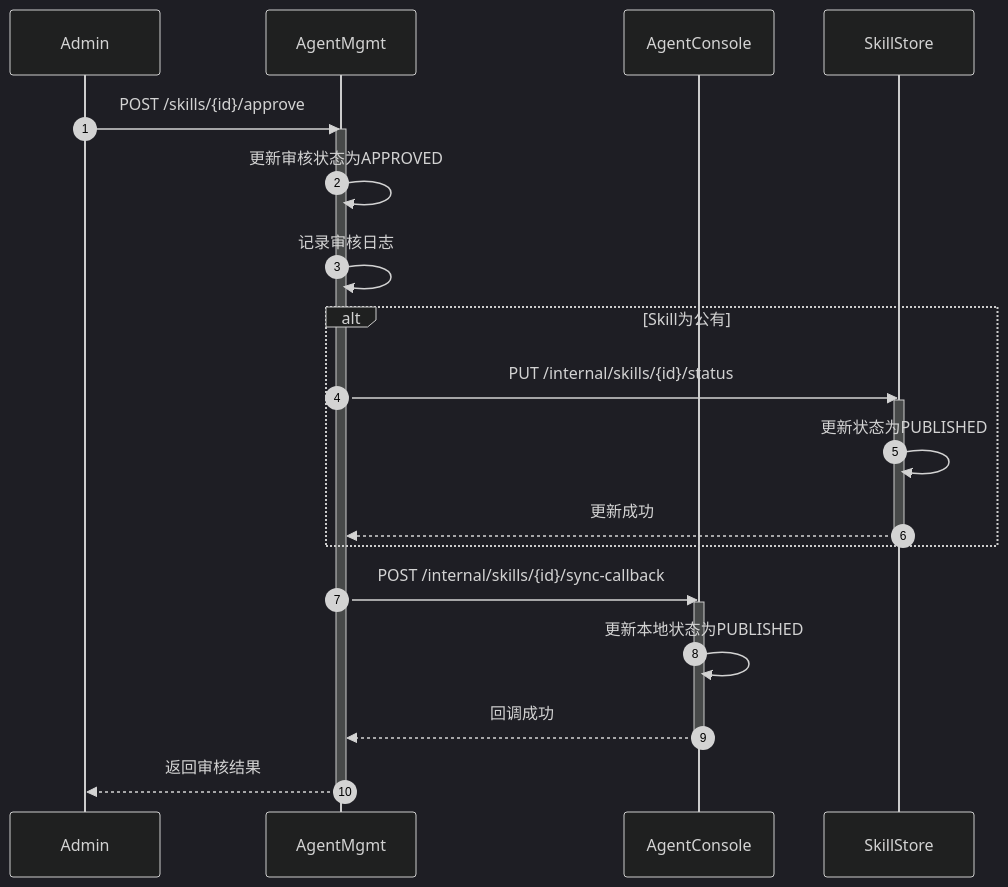
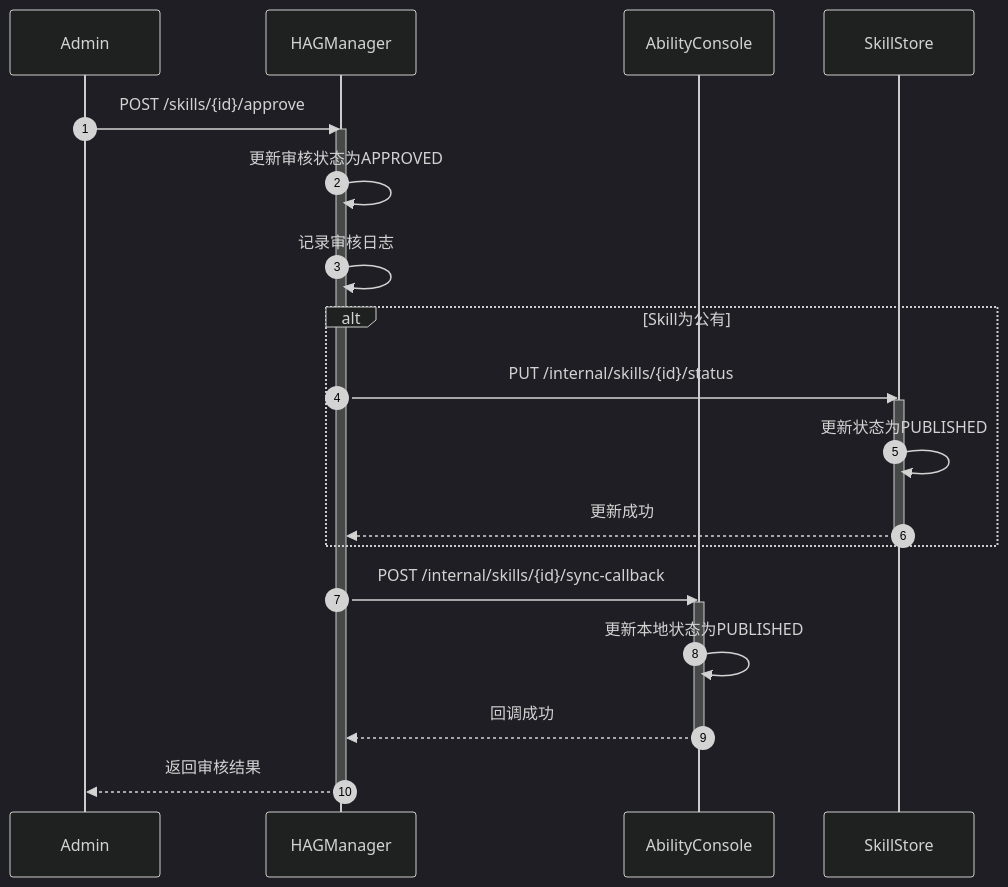
Before and after one commit to jinyule/xiaoyi-skill-mgmt: the fifth of 7 diagrams in structured-giggling-prism.md, drawn with Mermaid (dark theme). The commit also changed other lines of this file and 5 other files, not shown here.

````diff
--- a/structured-giggling-prism.md
+++ b/structured-giggling-prism.md
@@ -1100,31 +1100,31 @@
 ```mermaid
 sequenceDiagram
     autonumber
     participant A as Admin
-    participant AM as AgentMgmt
-    participant AC as AgentConsole
+    participant AM as HAGManager
+    participant AC as AbilityConsole
     participant SS as SkillStore
 
     A->>AM: POST /skills/{id}/approve
     activate AM
 
     AM->>AM: 更新审核状态为APPROVED
     AM->>AM: 记录审核日志
 
     alt Skill为公有
         AM->>SS: PUT /internal/skills/{id}/status
         activate SS
         SS->>SS: 更新状态为PUBLISHED
         SS-->>AM: 更新成功
         deactivate SS
     end
 
     AM->>AC: POST /internal/skills/{id}/sync-callback
     activate AC
     AC->>AC: 更新本地状态为PUBLISHED
     AC-->>AM: 回调成功
     deactivate AC
 
     AM-->>A: 返回审核结果
     deactivate AM
 ```
````
